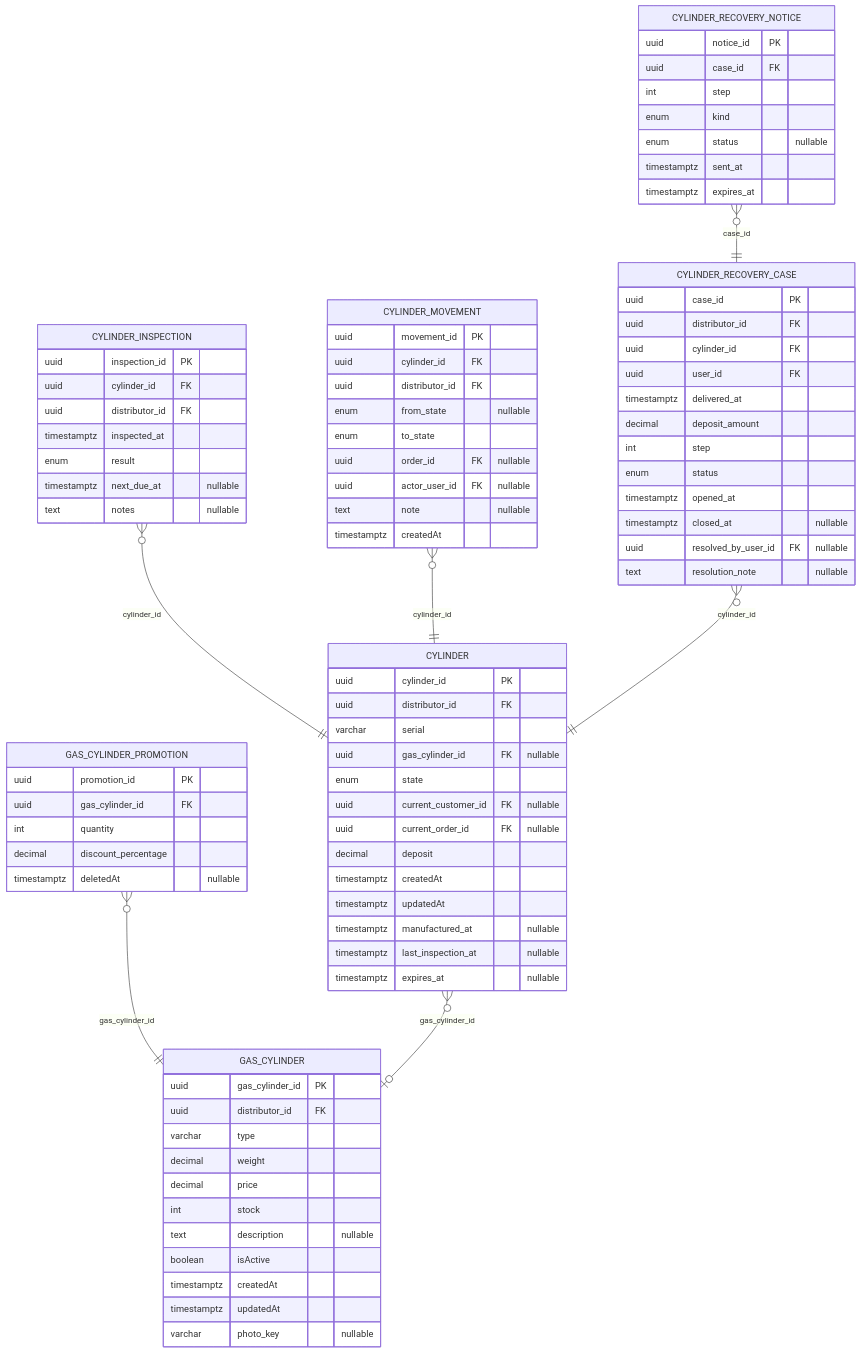
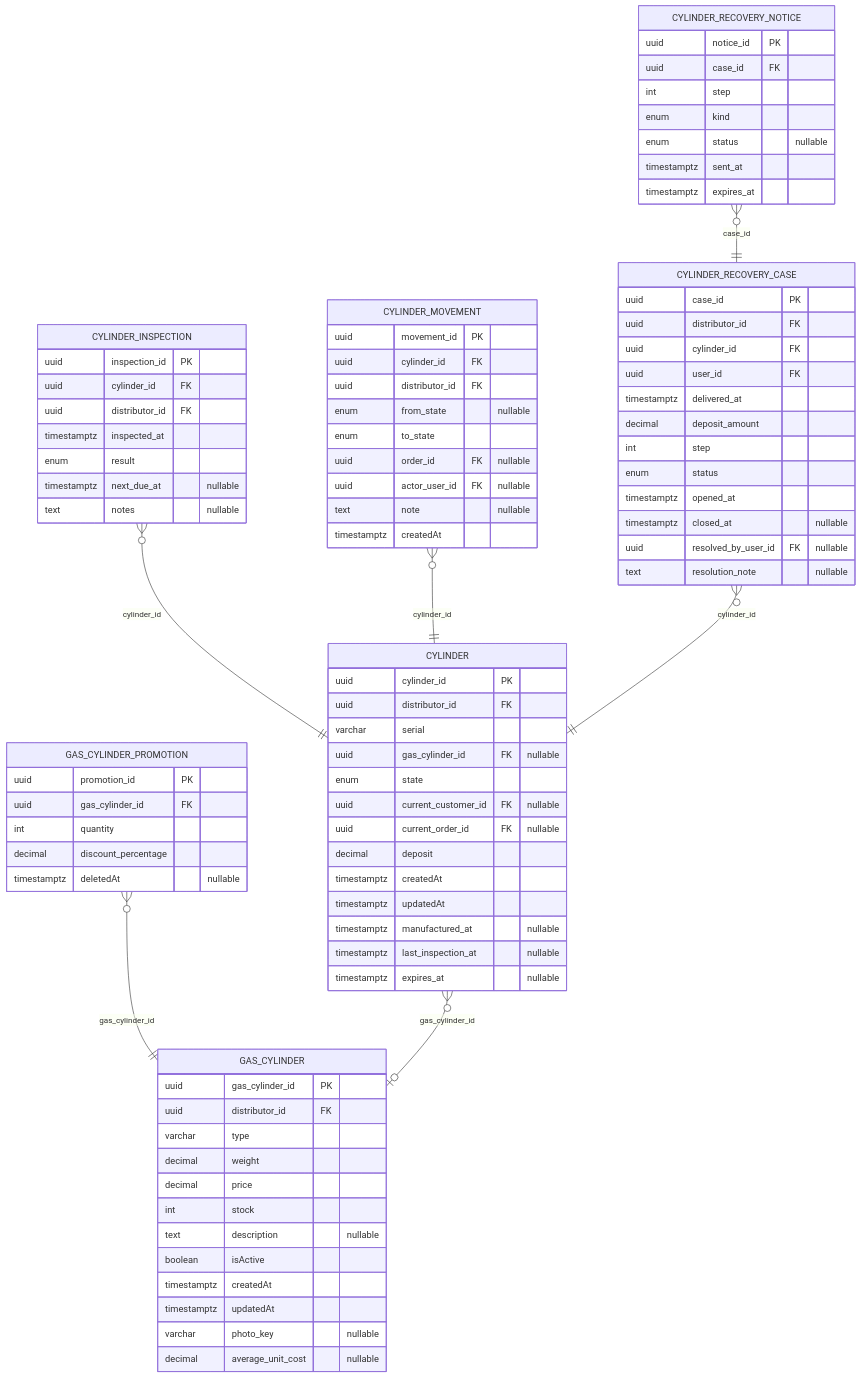
One commit to Nahuelito-Dev/splg-docs changed the third of 15 diagrams in diagramas/base-de-datos/SPLG-der-mermaid.md. Above: the diagram before and after it, drawn with Mermaid. The commit also changed other lines of this file and 245 other files, not shown here.

```diff
--- a/diagramas/base-de-datos/SPLG-der-mermaid.md
+++ b/diagramas/base-de-datos/SPLG-der-mermaid.md
@@ -184,6 +184,7 @@
         timestamptz createdAt
         timestamptz updatedAt
         varchar photo_key "nullable"
+        decimal average_unit_cost "nullable"
     }
     GAS_CYLINDER_PROMOTION {
         uuid promotion_id PK
```
